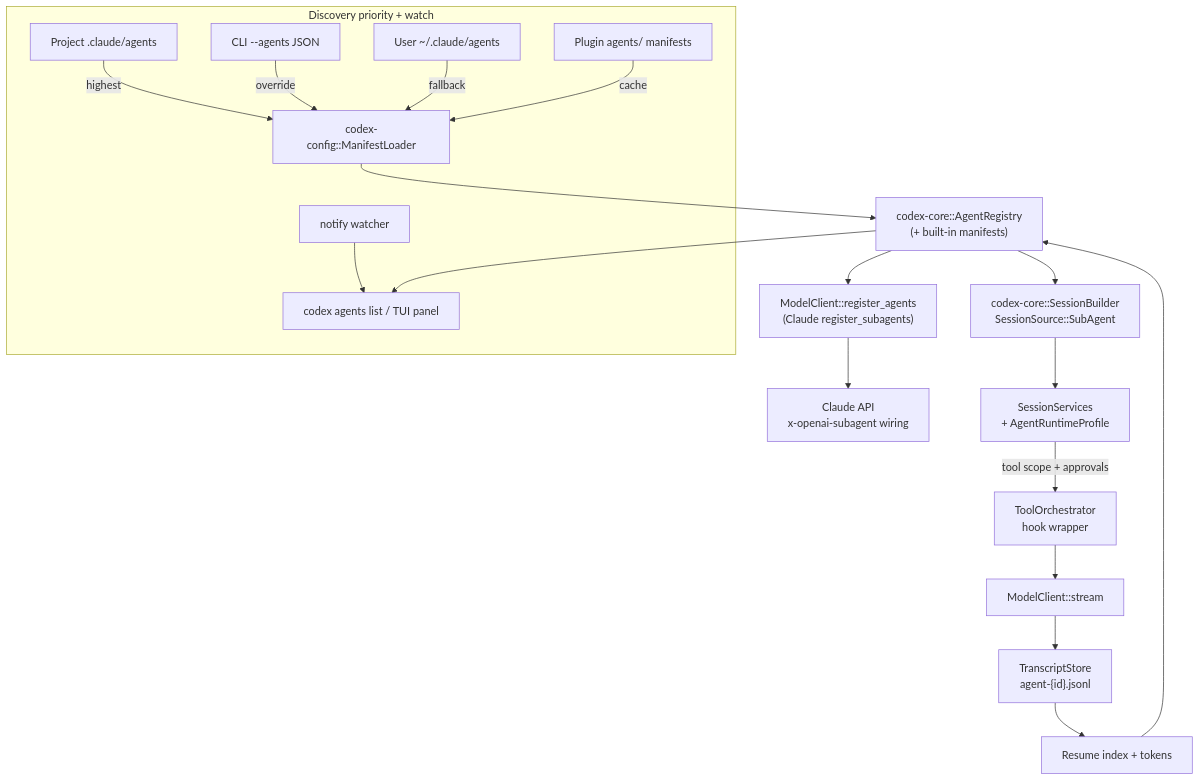
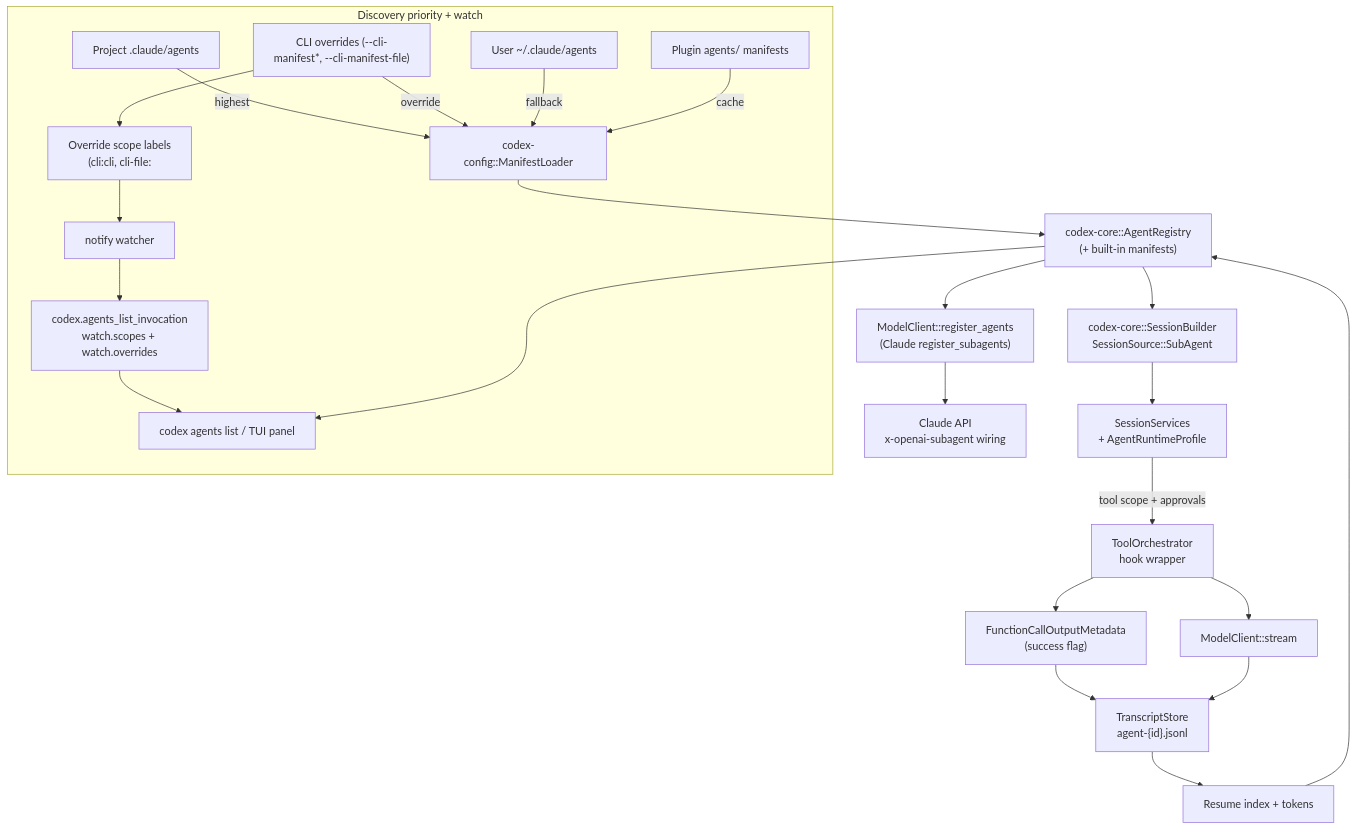
The diagram in docs/subagents/architecture_flow.mmd (a5c-incubator/codex), drawn with Mermaid before and after one commit. The commit also changed 33 other files, not shown here.

```diff
--- a/docs/subagents/architecture_flow.mmd
+++ b/docs/subagents/architecture_flow.mmd
@@ -1,21 +1,26 @@
 %% Claude-compatible subagent data flow
 flowchart TD
     subgraph DiscoveryPriority["Discovery priority + watch"]
         P["Project .claude/agents"] -->|highest| Loader["codex-config::ManifestLoader"]
-        CLI["CLI --agents JSON"] -->|override| Loader
+        CLI["CLI overrides (--cli-manifest*, --cli-manifest-file)"] -->|override| Loader
         U["User ~/.claude/agents"] -->|fallback| Loader
         Plugin["Plugin agents/ manifests"] -->|cache| Loader
-        LoaderWatch["notify watcher"] --> CLIList["codex agents list / TUI panel"]
+        CLI --> Overrides["Override scope labels\n(cli:cli, cli-file:<path>, plugin:<id>)"]
+        Overrides --> LoaderWatch["notify watcher"]
+        LoaderWatch --> Telemetry["codex.agents_list_invocation\nwatch.scopes + watch.overrides"]
+        Telemetry --> CLIList["codex agents list / TUI panel"]
     end
 
     Loader --> Registry["codex-core::AgentRegistry\n(+ built-in manifests)"]
     Registry --> CLIList
     Registry --> RegisterAPI["ModelClient::register_agents\n(Claude register_subagents)"]
     RegisterAPI --> ClaudeAPI["Claude API\nx-openai-subagent wiring"]
     Registry --> SessionBuilder["codex-core::SessionBuilder\nSessionSource::SubAgent"]
     SessionBuilder --> Services["SessionServices\n+ AgentRuntimeProfile"]
     Services -->|tool scope + approvals| Orchestrator["ToolOrchestrator\nhook wrapper"]
     Orchestrator --> ModelClient["ModelClient::stream"]
-    ModelClient --> Transcript["TranscriptStore\nagent-{id}.jsonl"]
+    Orchestrator --> Metadata["FunctionCallOutputMetadata\n(success flag)"]
+    Metadata --> Transcript["TranscriptStore\nagent-{id}.jsonl"]
+    ModelClient --> Transcript
     Transcript --> Resume["Resume index + tokens"]
     Resume --> Registry
```
